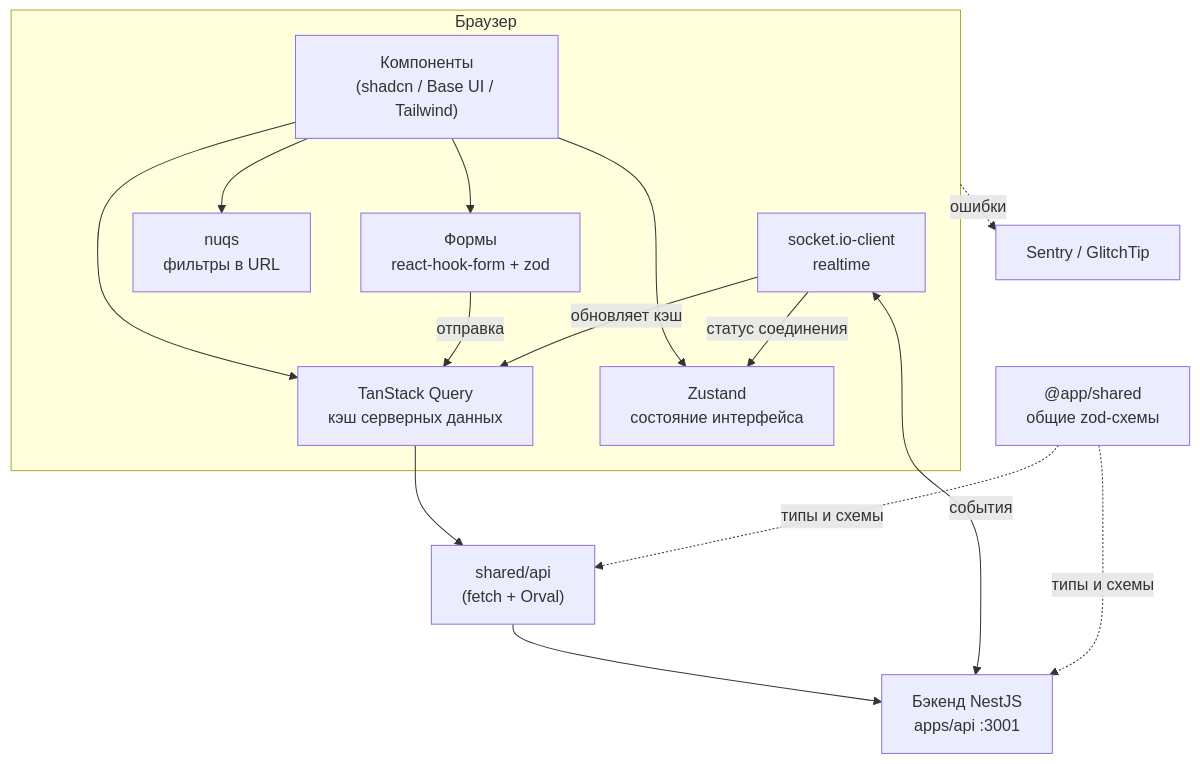
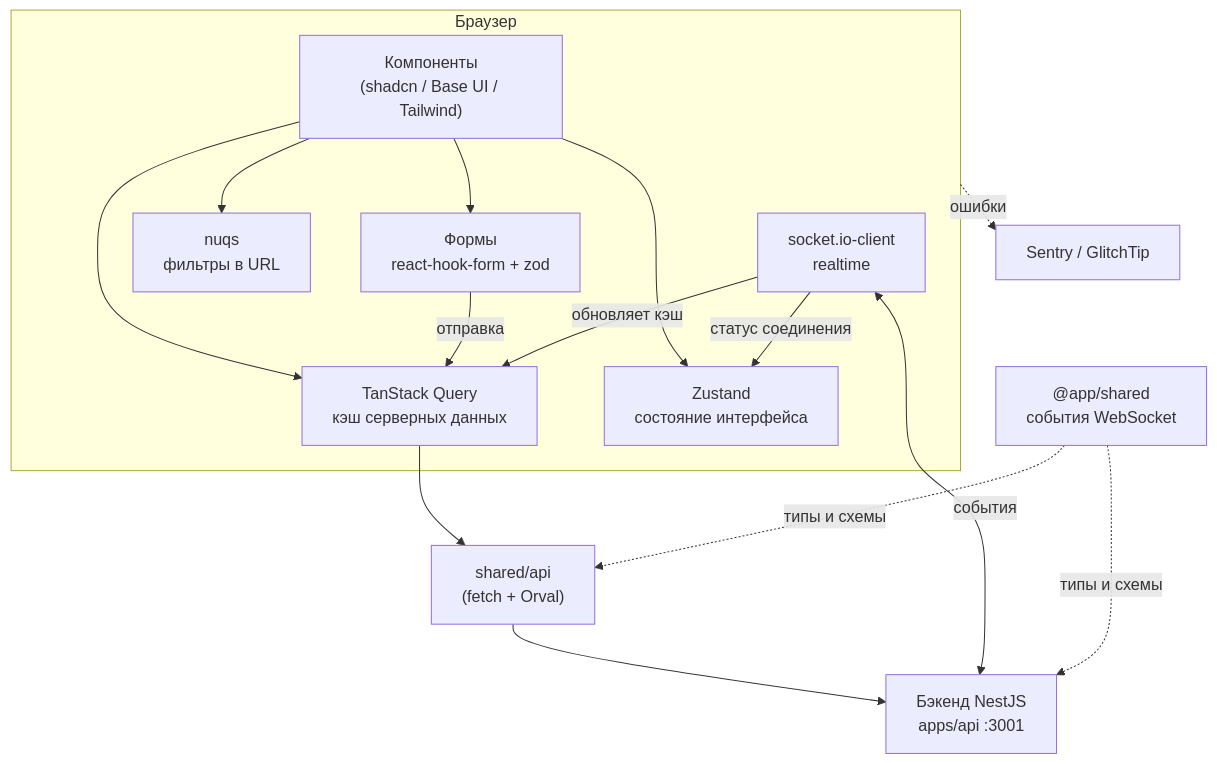
The diagram in apps/web/docs/architecture.md (project-messenger/monorepo-app), drawn with Mermaid before and after one commit. The commit also changed other lines of this file and 44 other files, not shown here.

````diff
--- a/apps/web/docs/architecture.md
+++ b/apps/web/docs/architecture.md
@@ -110,29 +110,29 @@
 ```mermaid
 flowchart TB
     subgraph browser["Браузер"]
         UI["Компоненты<br/>(shadcn / Base UI / Tailwind)"]
         Forms["Формы<br/>react-hook-form + zod"]
         Q["TanStack Query<br/>кэш серверных данных"]
         Z["Zustand<br/>состояние интерфейса"]
         URL["nuqs<br/>фильтры в URL"]
         S["socket.io-client<br/>realtime"]
     end
 
     API["shared/api<br/>(fetch + Orval)"]
     BE["Бэкенд NestJS<br/>apps/api :3001"]
-    Shared["@app/shared<br/>общие zod-схемы"]
+    Shared["@app/shared<br/>события WebSocket"]
     Sentry["Sentry / GlitchTip"]
 
     UI --> Forms
     UI --> Q
     UI --> Z
     UI --> URL
     Forms -- "отправка" --> Q
     Q --> API --> BE
     S <-- "события" --> BE
     S -- "обновляет кэш" --> Q
     S -- "статус соединения" --> Z
     Shared -. "типы и схемы" .-> API
     Shared -. "типы и схемы" .-> BE
     browser -. "ошибки" .-> Sentry
 ```
````
